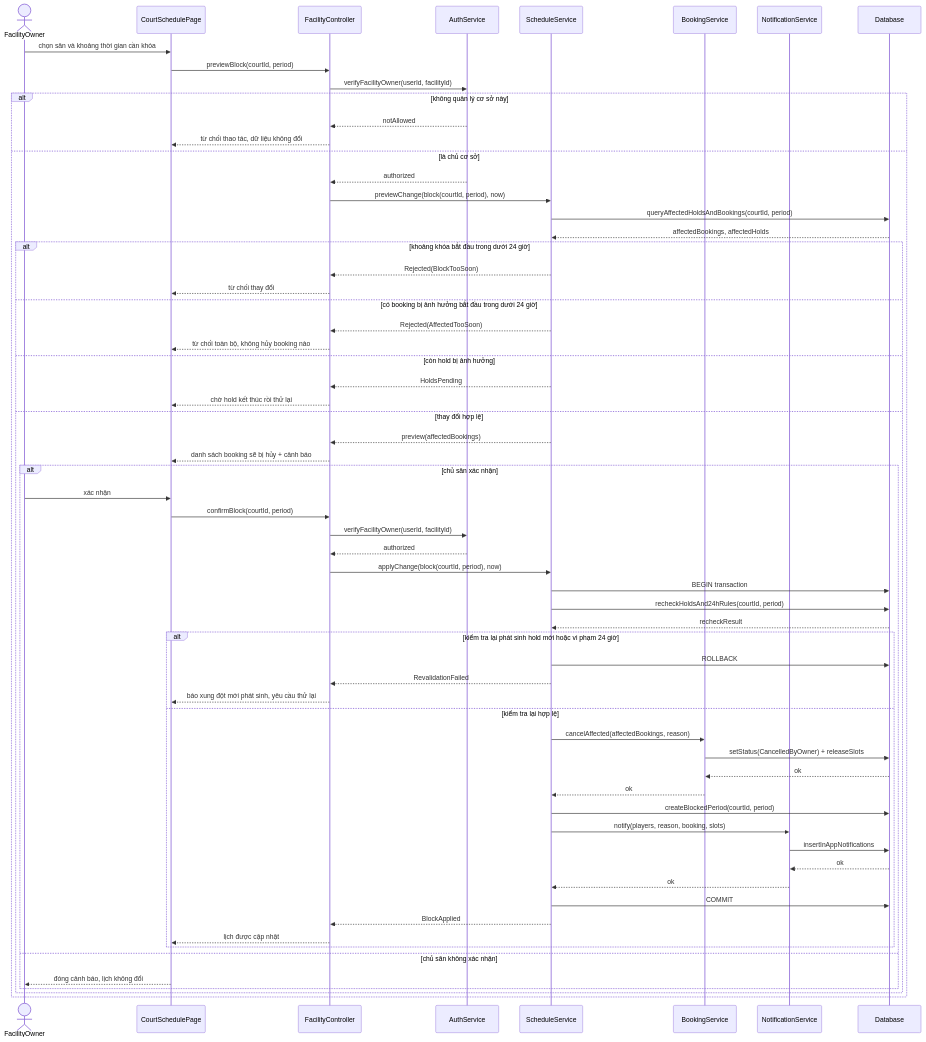
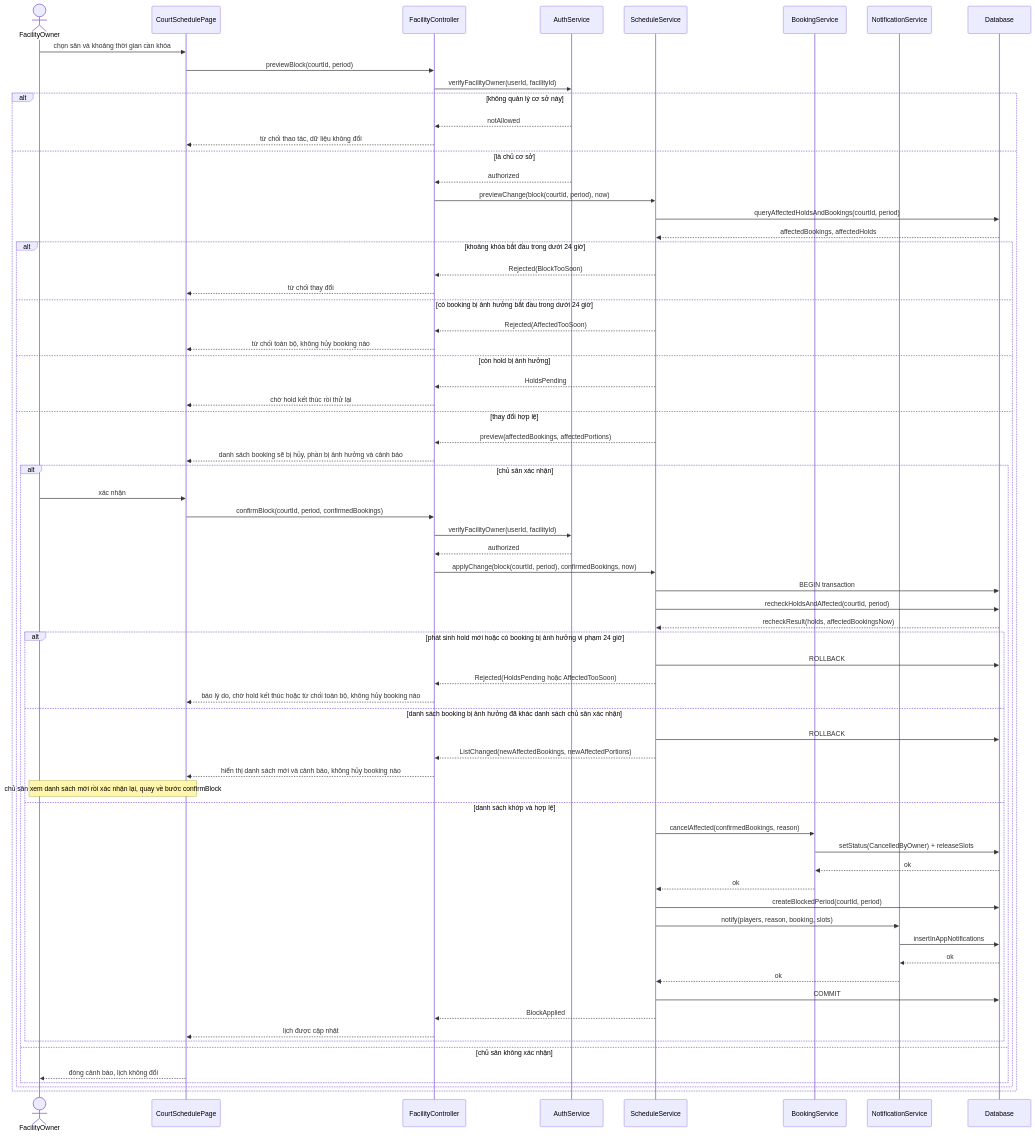
One commit to buikhoa130406/se-project-t04 changed the fifth of 6 diagrams in docs/design/sequences/sequence-diagrams.md. Above: the diagram before and after it, drawn with Mermaid. The commit also changed other lines of this file and 4 other files, not shown here.

````diff
--- a/docs/design/sequences/sequence-diagrams.md
+++ b/docs/design/sequences/sequence-diagrams.md
@@ -251,71 +256,76 @@
 ```mermaid
 sequenceDiagram
     actor FacilityOwner
     participant CourtSchedulePage
     participant FacilityController
     participant AuthService
     participant ScheduleService
     participant BookingService
     participant NotificationService
     participant Database
 
     FacilityOwner->>CourtSchedulePage: chọn sân và khoảng thời gian cần khóa
     CourtSchedulePage->>FacilityController: previewBlock(courtId, period)
     FacilityController->>AuthService: verifyFacilityOwner(userId, facilityId)
 
     alt không quản lý cơ sở này
         AuthService-->>FacilityController: notAllowed
         FacilityController-->>CourtSchedulePage: từ chối thao tác, dữ liệu không đổi
     else là chủ cơ sở
         AuthService-->>FacilityController: authorized
         FacilityController->>ScheduleService: previewChange(block(courtId, period), now)
         ScheduleService->>Database: queryAffectedHoldsAndBookings(courtId, period)
         Database-->>ScheduleService: affectedBookings, affectedHolds
 
         alt khoảng khóa bắt đầu trong dưới 24 giờ
             ScheduleService-->>FacilityController: Rejected(BlockTooSoon)
             FacilityController-->>CourtSchedulePage: từ chối thay đổi
         else có booking bị ảnh hưởng bắt đầu trong dưới 24 giờ
             ScheduleService-->>FacilityController: Rejected(AffectedTooSoon)
             FacilityController-->>CourtSchedulePage: từ chối toàn bộ, không hủy booking nào
         else còn hold bị ảnh hưởng
             ScheduleService-->>FacilityController: HoldsPending
             FacilityController-->>CourtSchedulePage: chờ hold kết thúc rồi thử lại
         else thay đổi hợp lệ
-            ScheduleService-->>FacilityController: preview(affectedBookings)
-            FacilityController-->>CourtSchedulePage: danh sách booking sẽ bị hủy + cảnh báo
+            ScheduleService-->>FacilityController: preview(affectedBookings, affectedPortions)
+            FacilityController-->>CourtSchedulePage: danh sách booking sẽ bị hủy, phần bị ảnh hưởng và cảnh báo
 
             alt chủ sân xác nhận
                 FacilityOwner->>CourtSchedulePage: xác nhận
-                CourtSchedulePage->>FacilityController: confirmBlock(courtId, period)
+                CourtSchedulePage->>FacilityController: confirmBlock(courtId, period, confirmedBookings)
                 FacilityController->>AuthService: verifyFacilityOwner(userId, facilityId)
                 AuthService-->>FacilityController: authorized
-                FacilityController->>ScheduleService: applyChange(block(courtId, period), now)
+                FacilityController->>ScheduleService: applyChange(block(courtId, period), confirmedBookings, now)
                 ScheduleService->>Database: BEGIN transaction
-                ScheduleService->>Database: recheckHoldsAnd24hRules(courtId, period)
-                Database-->>ScheduleService: recheckResult
+                ScheduleService->>Database: recheckHoldsAndAffected(courtId, period)
+                Database-->>ScheduleService: recheckResult(holds, affectedBookingsNow)
 
-                alt kiểm tra lại phát sinh hold mới hoặc vi phạm 24 giờ
+                alt phát sinh hold mới hoặc có booking bị ảnh hưởng vi phạm 24 giờ
                     ScheduleService->>Database: ROLLBACK
-                    ScheduleService-->>FacilityController: RevalidationFailed
-                    FacilityController-->>CourtSchedulePage: báo xung đột mới phát sinh, yêu cầu thử lại
-                else kiểm tra lại hợp lệ
-                    ScheduleService->>BookingService: cancelAffected(affectedBookings, reason)
+                    ScheduleService-->>FacilityController: Rejected(HoldsPending hoặc AffectedTooSoon)
+                    FacilityController-->>CourtSchedulePage: báo lý do, chờ hold kết thúc hoặc từ chối toàn bộ, không hủy booking nào
+                else danh sách booking bị ảnh hưởng đã khác danh sách chủ sân xác nhận
+                    ScheduleService->>Database: ROLLBACK
+                    ScheduleService-->>FacilityController: ListChanged(newAffectedBookings, newAffectedPortions)
+                    FacilityController-->>CourtSchedulePage: hiển thị danh sách mới và cảnh báo, không hủy booking nào
+                    Note over FacilityOwner,CourtSchedulePage: chủ sân xem danh sách mới rồi xác nhận lại, quay về bước confirmBlock
+                else danh sách khớp và hợp lệ
+                    ScheduleService->>BookingService: cancelAffected(confirmedBookings, reason)
                     BookingService->>Database: setStatus(CancelledByOwner) + releaseSlots
                     Database-->>BookingService: ok
                     BookingService-->>ScheduleService: ok
                     ScheduleService->>Database: createBlockedPeriod(courtId, period)
                     ScheduleService->>NotificationService: notify(players, reason, booking, slots)
                     NotificationService->>Database: insertInAppNotifications
                     Database-->>NotificationService: ok
                     NotificationService-->>ScheduleService: ok
                     ScheduleService->>Database: COMMIT
                     ScheduleService-->>FacilityController: BlockApplied
                     FacilityController-->>CourtSchedulePage: lịch được cập nhật
                 end
             else chủ sân không xác nhận
                 CourtSchedulePage-->>FacilityOwner: đóng cảnh báo, lịch không đổi
             end
         end
     end
 ```
````
